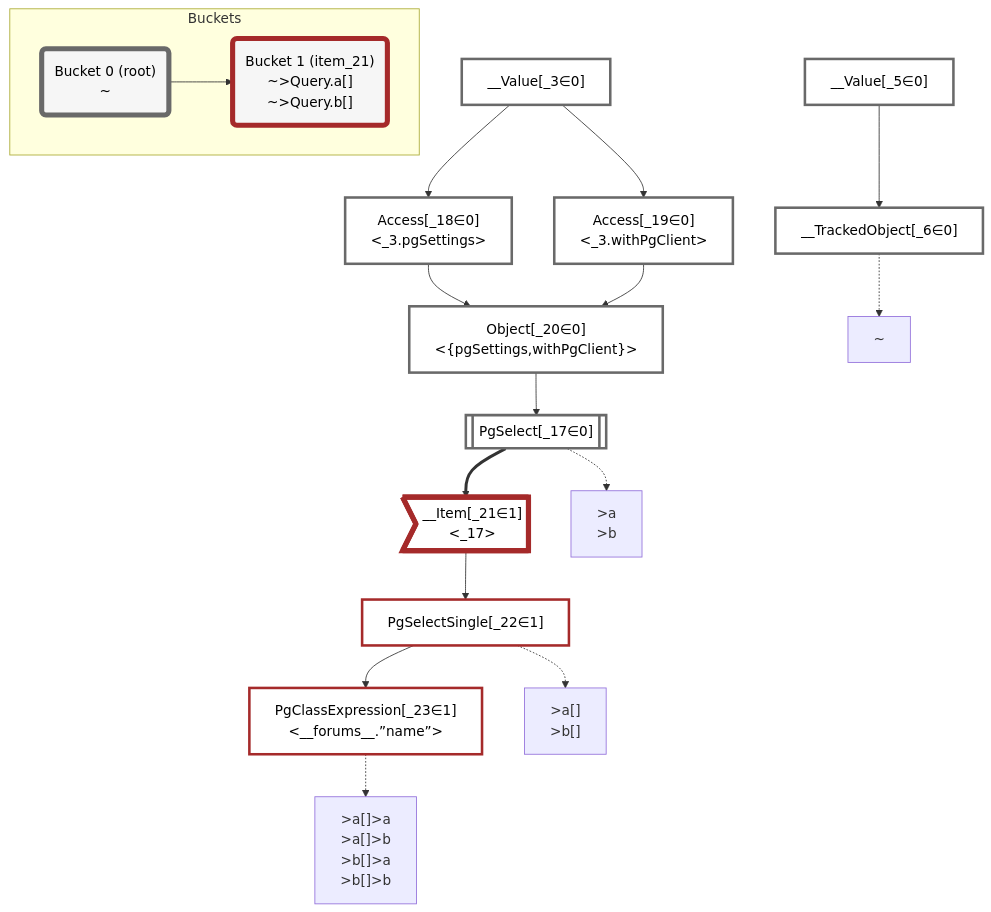
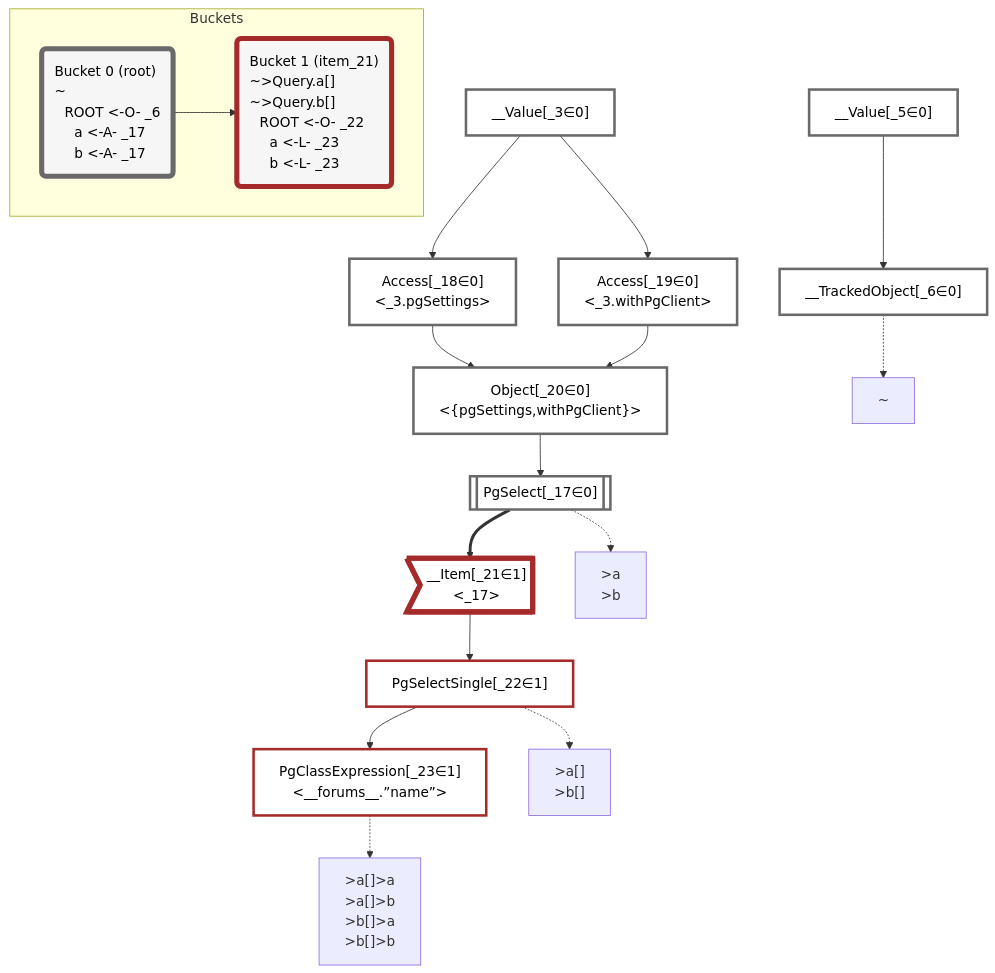
The diagram in packages/dataplan-pg/__tests__/queries/super-simple/many-field-aliases.deopt.mermaid.md (graphile/crystal), drawn with Mermaid before and after one commit. The commit also changed 195 other files, not shown here.

````diff
--- a/packages/dataplan-pg/__tests__/queries/super-simple/many-field-aliases.deopt.mermaid.md
+++ b/packages/dataplan-pg/__tests__/queries/super-simple/many-field-aliases.deopt.mermaid.md
@@ -1,56 +1,56 @@
 ```mermaid
 graph TD
     classDef path fill:#eee,stroke:#000,color:#000
     classDef plan fill:#fff,stroke-width:3px,color:#000
     classDef itemplan fill:#fff,stroke-width:6px,color:#000
     classDef sideeffectplan fill:#f00,stroke-width:6px,color:#000
-    classDef bucket fill:#f6f6f6,color:#000,stroke-width:6px
+    classDef bucket fill:#f6f6f6,color:#000,stroke-width:6px,text-align:left
 
 
     %% define plans
     __Value_3["__Value[_3∈0]<br /><context>"]:::plan
     __Value_5["__Value[_5∈0]<br /><rootValue>"]:::plan
     __TrackedObject_6["__TrackedObject[_6∈0]"]:::plan
     PgSelect_17[["PgSelect[_17∈0]<br /><forums>"]]:::plan
     Access_18["Access[_18∈0]<br /><_3.pgSettings>"]:::plan
     Access_19["Access[_19∈0]<br /><_3.withPgClient>"]:::plan
     Object_20["Object[_20∈0]<br /><{pgSettings,withPgClient}>"]:::plan
     __Item_21>"__Item[_21∈1]<br /><_17>"]:::itemplan
     PgSelectSingle_22["PgSelectSingle[_22∈1]<br /><forums>"]:::plan
     PgClassExpression_23["PgClassExpression[_23∈1]<br /><__forums__.”name”>"]:::plan
 
     %% plan dependencies
     __Value_5 --> __TrackedObject_6
     Object_20 --> PgSelect_17
     __Value_3 --> Access_18
     __Value_3 --> Access_19
     Access_18 --> Object_20
     Access_19 --> Object_20
     PgSelect_17 ==> __Item_21
     __Item_21 --> PgSelectSingle_22
     PgSelectSingle_22 --> PgClassExpression_23
 
     %% plan-to-path relationships
     P_6["~"]
     __TrackedObject_6 -.-> P_6
     P_17[">a<br />>b"]
     PgSelect_17 -.-> P_17
     P_22[">a[]<br />>b[]"]
     PgSelectSingle_22 -.-> P_22
     P_23[">a[]>a<br />>a[]>b<br />>b[]>a<br />>b[]>b"]
     PgClassExpression_23 -.-> P_23
 
     %% allocate buckets
     classDef bucket0 stroke:#696969
     class __Value_3,__Value_5,__TrackedObject_6,PgSelect_17,Access_18,Access_19,Object_20 bucket0
     classDef bucket1 stroke:#a52a2a
     class __Item_21,PgSelectSingle_22,PgClassExpression_23 bucket1
 
     subgraph Buckets
-    Bucket0("Bucket 0 (root)<br />~"):::bucket
+    Bucket0("Bucket 0 (root)<br />~<br />⠀ROOT <-O- _6<br />⠀⠀a <-A- _17<br />⠀⠀b <-A- _17"):::bucket
     style Bucket0 stroke:#696969
-    Bucket1("Bucket 1 (item_21)<br />~>Query.a[]<br />~>Query.b[]"):::bucket
+    Bucket1("Bucket 1 (item_21)<br />~>Query.a[]<br />~>Query.b[]<br />⠀ROOT <-O- _22<br />⠀⠀a <-L- _23<br />⠀⠀b <-L- _23"):::bucket
     style Bucket1 stroke:#a52a2a
     Bucket0 --> Bucket1
     end
 ```
````
